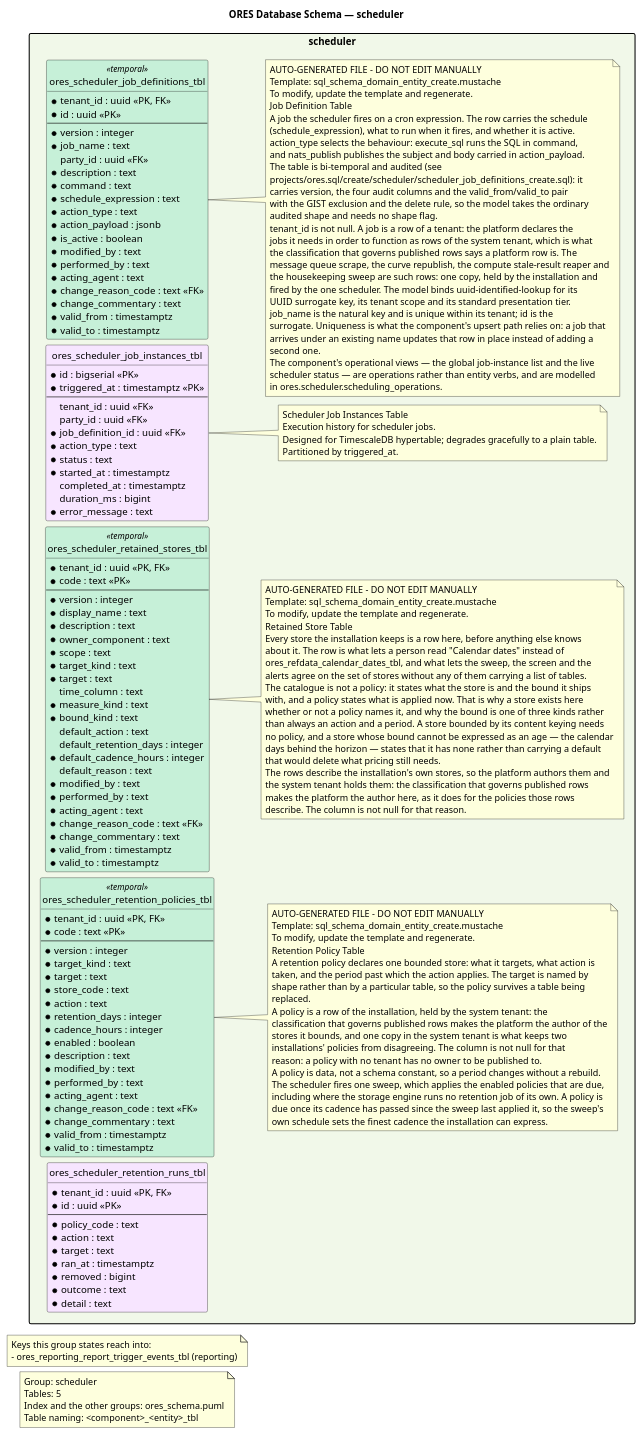
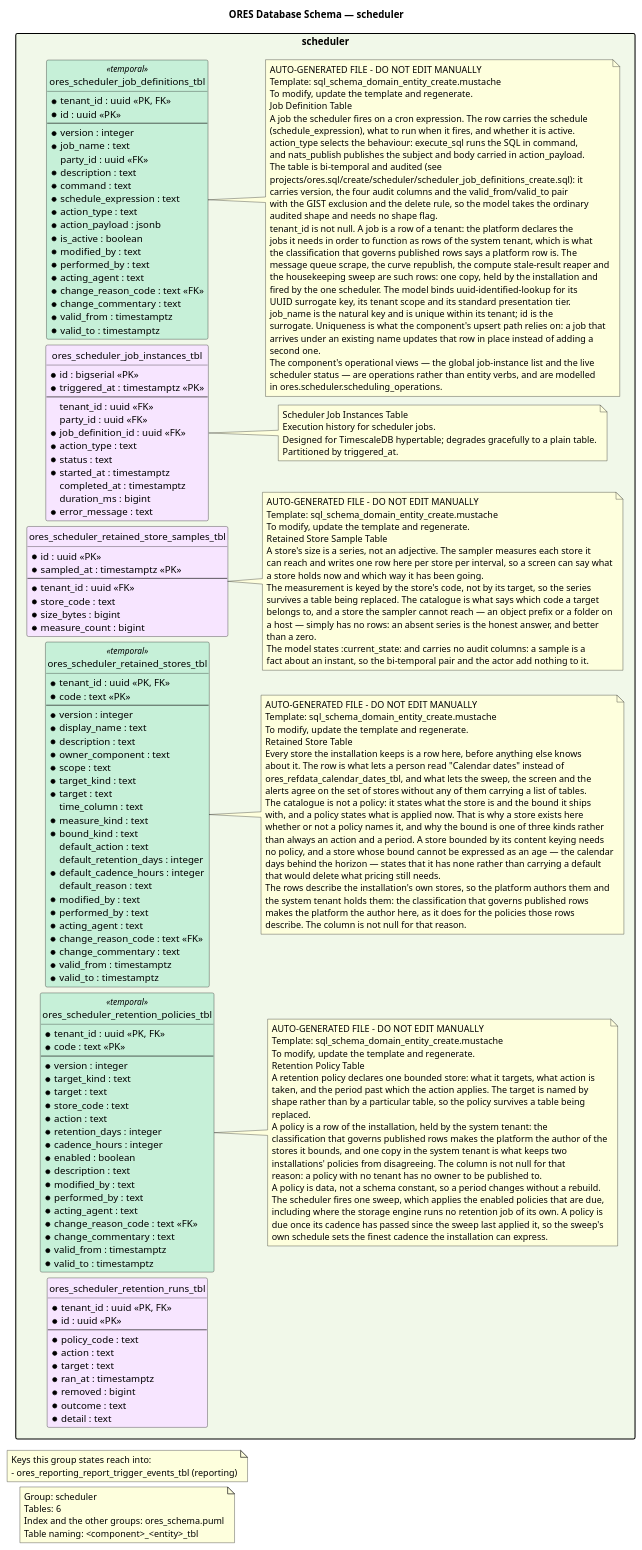
The diagram in projects/ores.sql/modeling/ores_schema.scheduler.puml (OreStudio/OreStudio), drawn with PlantUML before and after one commit. The commit also changed 53 other files, not shown here.

First line of the commit message:
[scheduler] Sample the size of every store the database can see

```diff
--- a/projects/ores.sql/modeling/ores_schema.scheduler.puml
+++ b/projects/ores.sql/modeling/ores_schema.scheduler.puml
@@ -32,7 +32,7 @@
 
 note as GroupNote
 Group: scheduler
-Tables: 5
+Tables: 6
 Index and the other groups: ores_schema.puml
 Table naming: <component>_<entity>_tbl
 end note
@@ -118,6 +118,33 @@
     Execution history for scheduler jobs.
     Designed for TimescaleDB hypertable; degrades gracefully to a plain table.
     Partitioned by triggered_at.
+    end note
+
+    entity ores_scheduler_retained_store_samples_tbl  #F7E5FF {
+        * id : uuid <<PK>>
+        * sampled_at : timestamptz <<PK>>
+        --
+        * tenant_id : uuid <<FK>>
+        * store_code : text
+        * size_bytes : bigint
+        * measure_count : bigint
+    }
+
+    note right of ores_scheduler_retained_store_samples_tbl
+    AUTO-GENERATED FILE - DO NOT EDIT MANUALLY
+    Template: sql_schema_domain_entity_create.mustache
+    To modify, update the template and regenerate.
+    Retained Store Sample Table
+    A store's size is a series, not an adjective. The sampler measures each store it
+    can reach and writes one row here per store per interval, so a screen can say what
+    a store holds now and which way it has been going.
+    The measurement is keyed by the store's code, not by its target, so the series
+    survives a table being replaced. The catalogue is what says which code a target
+    belongs to, and a store the sampler cannot reach — an object prefix or a folder on
+    a host — simply has no rows: an absent series is the honest answer, and better
+    than a zero.
+    The model states :current_state: and carries no audit columns: a sample is a
+    fact about an instant, so the bi-temporal pair and the actor add nothing to it.
     end note
 
     entity ores_scheduler_retained_stores_tbl <<temporal>> #C6F0D8 {
```
